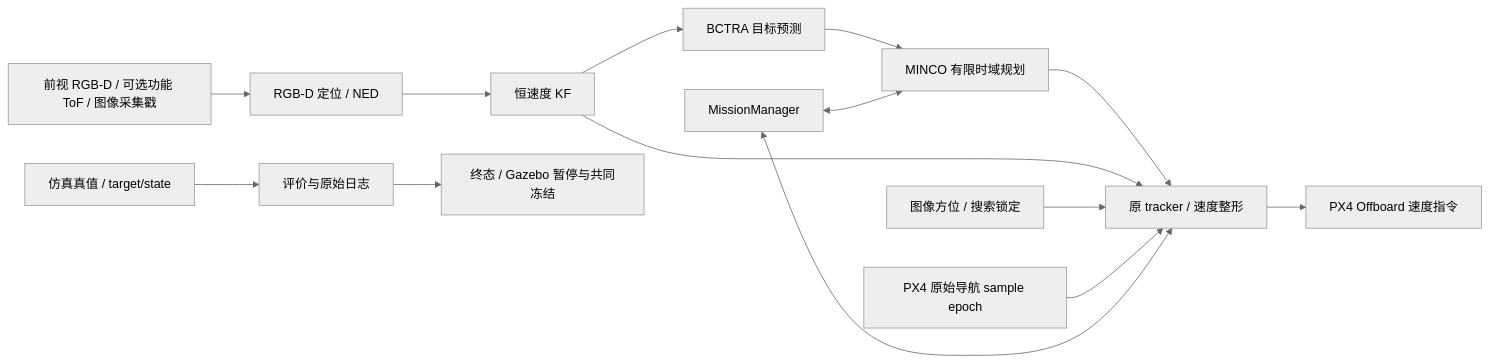
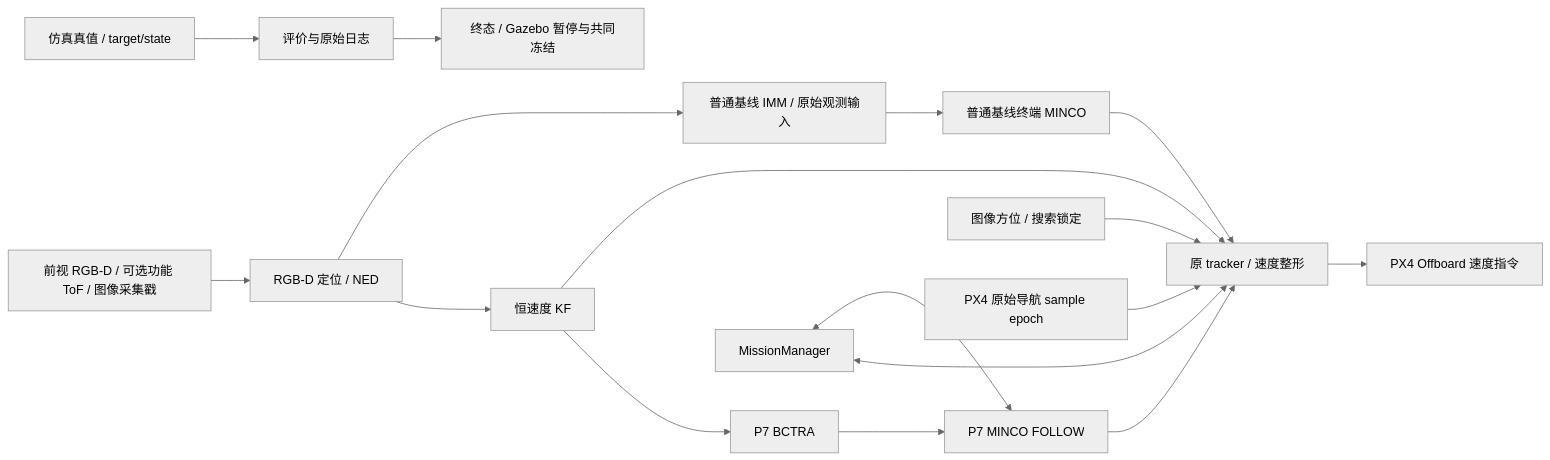
Before and after one commit to Qinjianheng/uav_usv_mpc: the diagram in docs/current/architecture.md, drawn with Mermaid (neutral theme). The commit also changed other lines of this file and 40 other files, not shown here.

````diff
--- a/docs/current/architecture.md
+++ b/docs/current/architecture.md
@@ -11,16 +11,19 @@
 ```mermaid
 flowchart LR
   Camera[前视 RGB-D / 可选功能 ToF / 图像采集戳] --> Localizer[RGB-D 定位 / NED]
   Localizer --> KF[恒速度 KF]
-  KF --> Predictor[BCTRA 目标预测]
-  Predictor --> Planner[MINCO 有限时域规划]
+  KF --> Predictor[P7 BCTRA]
+  Localizer --> IMM[普通基线 IMM / 原始观测输入]
+  Predictor --> Planner[P7 MINCO FOLLOW]
+  IMM --> Legacy[普通基线终端 MINCO]
   Planner --> Tracker[原 tracker / 速度整形]
+  Legacy --> Tracker
   KF --> Tracker
   Bearing[图像方位 / 搜索锁定] --> Tracker
   PX4[PX4 原始导航 sample epoch] --> Tracker
   Tracker --> Setpoint[PX4 Offboard 速度指令]
   Manager[MissionManager] <--> Tracker
   Manager <--> Planner
   Truth[仿真真值 / target/state] --> Evaluator[评价与原始日志]
   Evaluator --> Pause[终态 / Gazebo 暂停与共同冻结]
 ```
````
